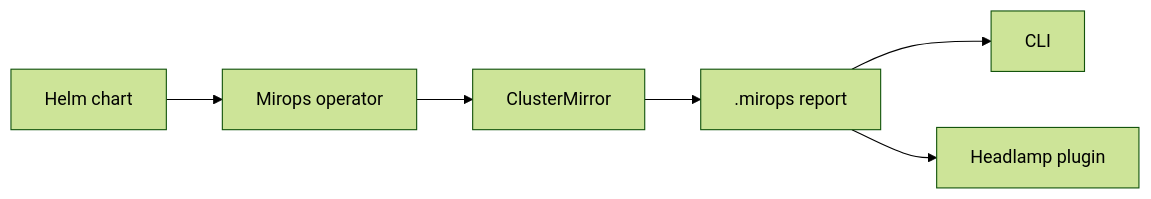
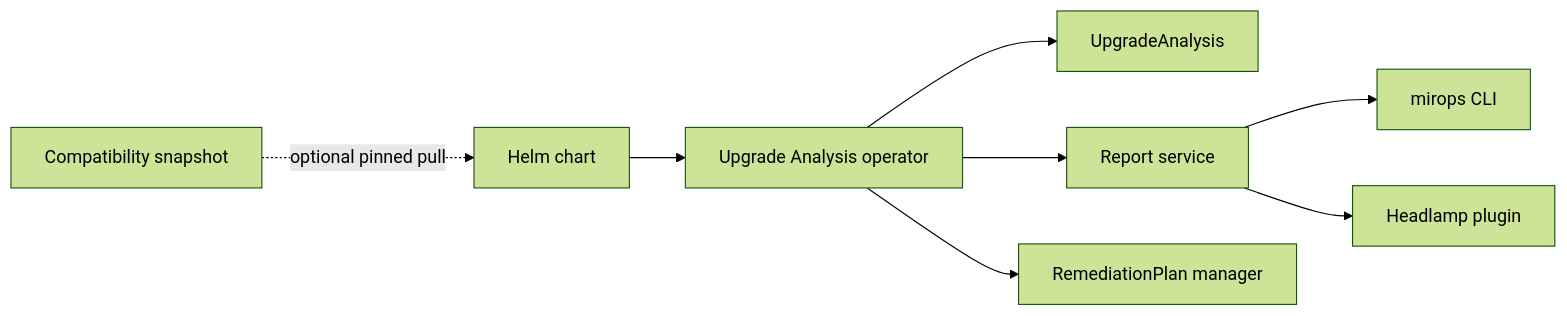
Before and after one commit to miropshq/helm-charts: the diagram in README.md, drawn with Mermaid (forest theme). The commit also changed other lines of this file and 1 other file, not shown here.

Commit message:
docs: expand chart guides for development branch

````diff
--- a/README.md
+++ b/README.md
@@ -5,8 +5,10 @@
 ```mermaid
 flowchart LR
-  H[Helm chart] --> O[Mirops operator]
-  O --> M[ClusterMirror]
-  M --> R[.mirops report]
-  R --> C[CLI]
-  R --> U[Headlamp plugin]
+  H[Helm chart] --> O[Upgrade Analysis operator]
+  O --> A[UpgradeAnalysis]
+  O --> R[Report service]
+  O --> RP[RemediationPlan manager]
+  R --> CLI[mirops CLI]
+  R --> UI[Headlamp plugin]
+  OCI[Compatibility snapshot] -. optional pinned pull .-> H
 ```
````
